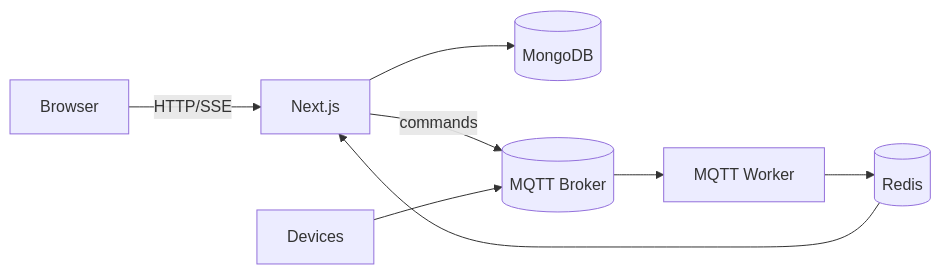
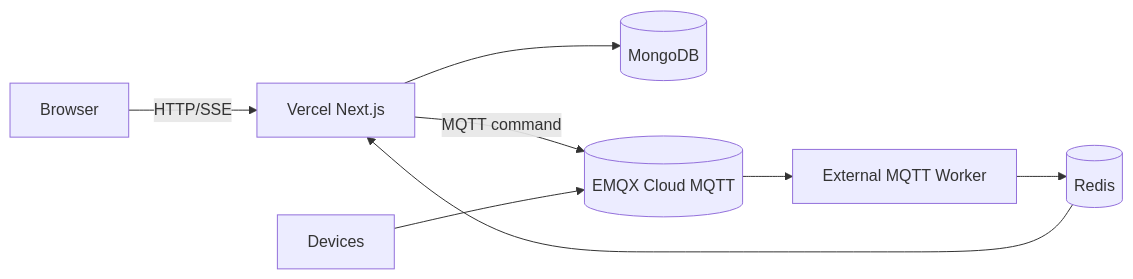
One commit to Sans0511/IOT-Automation changed the diagram in README.md. Above: the diagram before and after it, drawn with Mermaid. The commit also changed other lines of this file, not shown here.

````diff
--- a/README.md
+++ b/README.md
@@ -23,10 +22,10 @@
 ```mermaid
 flowchart LR
-  Browser -->|HTTP/SSE| Next[Next.js]
+  Browser -->|HTTP/SSE| Next[Vercel Next.js]
   Next --> Mongo[(MongoDB)]
-  Next -->|commands| MQTT[(MQTT Broker)]
-  Devices --> MQTT
-  MQTT --> Worker[MQTT Worker]
+  Next -->|MQTT command| EMQX[(EMQX Cloud MQTT)]
+  Devices --> EMQX
+  EMQX --> Worker[External MQTT Worker]
   Worker --> Redis[(Redis)]
   Redis --> Next
 ```
````
